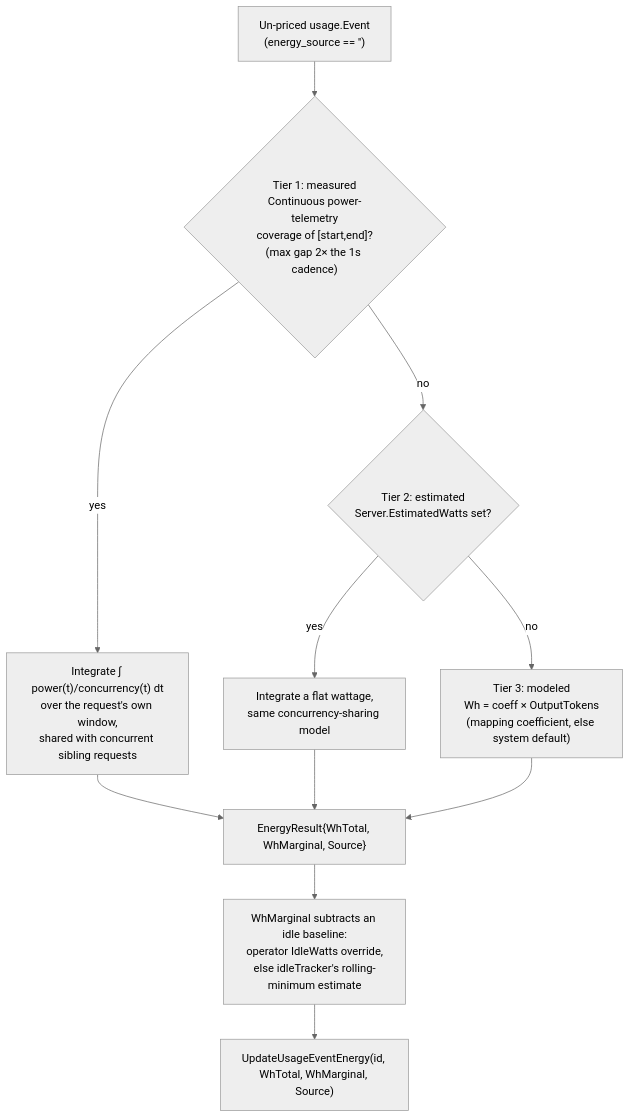
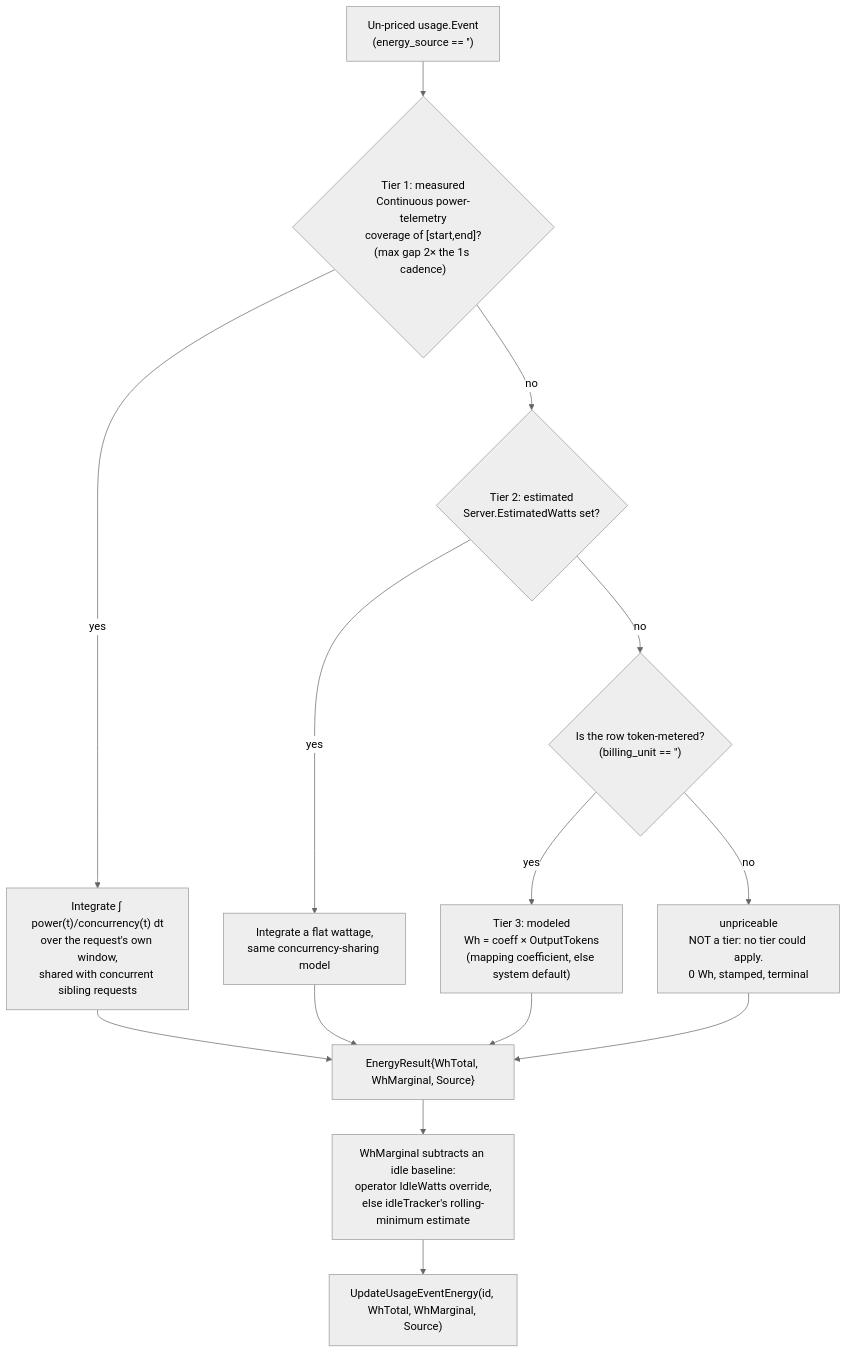
One commit to JLor08/op-ai-gateway changed the second of 3 diagrams in docs/architecture/cross-cutting/telemetry-usage-observability.md. Above: the diagram before and after it, drawn with Mermaid (neutral theme). The commit also changed other lines of this file and 46 other files, not shown here.

First line of the commit message:
feat: Give usage_events a non-token billable unit as a (unit, quantity) pair (#70) (#120)

````diff
--- a/docs/architecture/cross-cutting/telemetry-usage-observability.md
+++ b/docs/architecture/cross-cutting/telemetry-usage-observability.md
@@ -2074,13 +2199,16 @@
 ```mermaid
 flowchart TD
     Start["Un-priced usage.Event\n(energy_source == '')"] --> T1{"Tier 1: measured\nContinuous power-telemetry\ncoverage of [start,end]?\n(max gap 2× the 1s cadence)"}
     T1 -->|yes| M["Integrate ∫ power(t)/concurrency(t) dt\nover the request's own window,\nshared with concurrent sibling requests"]
     T1 -->|no| T2{"Tier 2: estimated\nServer.EstimatedWatts set?"}
     T2 -->|yes| E["Integrate a flat wattage,\nsame concurrency-sharing model"]
-    T2 -->|no| T3["Tier 3: modeled\nWh = coeff × OutputTokens\n(mapping coefficient, else system default)"]
+    T2 -->|no| U{"Is the row token-metered?\n(billing_unit == '')"}
+    U -->|yes| T3["Tier 3: modeled\nWh = coeff × OutputTokens\n(mapping coefficient, else system default)"]
+    U -->|no| X["unpriceable\nNOT a tier: no tier could apply.\n0 Wh, stamped, terminal"]
     M --> Result["EnergyResult{WhTotal, WhMarginal, Source}"]
     E --> Result
     T3 --> Result
+    X --> Result
     Result --> Idle["WhMarginal subtracts an idle baseline:\noperator IdleWatts override,\nelse idleTracker's rolling-minimum estimate"]
     Idle --> Store["UpdateUsageEventEnergy(id, WhTotal, WhMarginal, Source)"]
 ```
````
